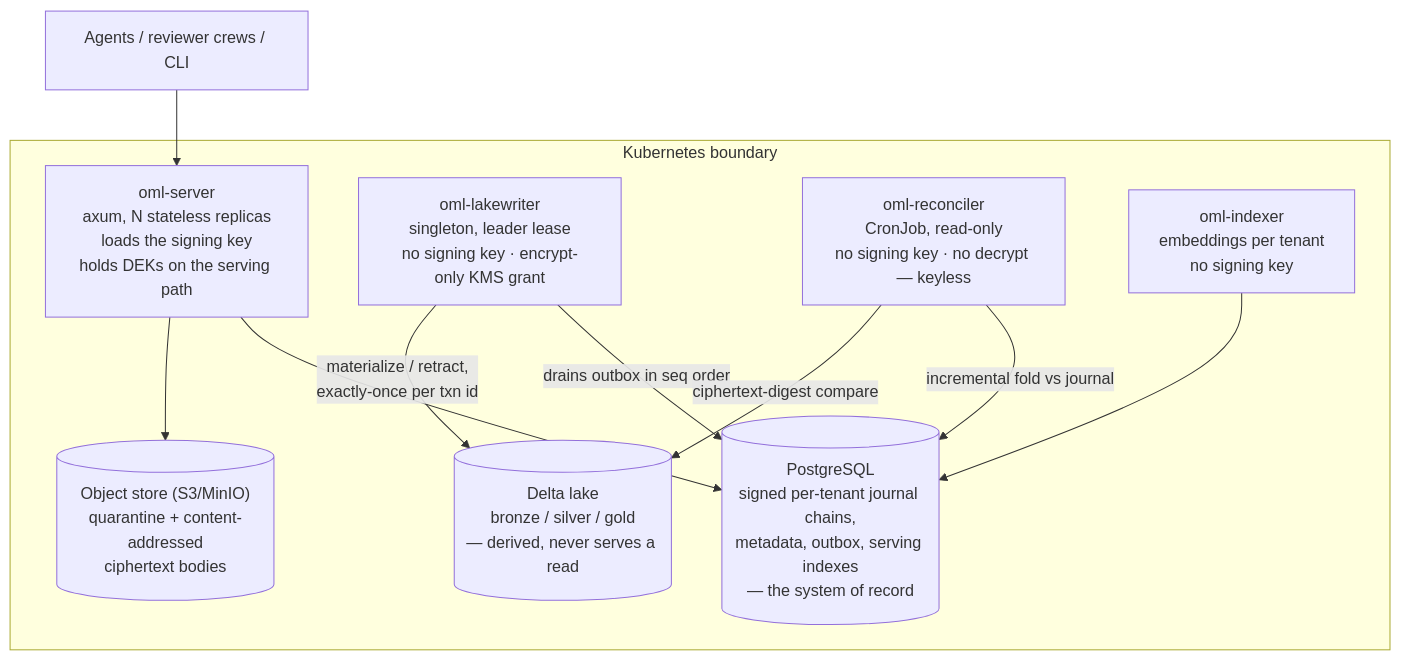
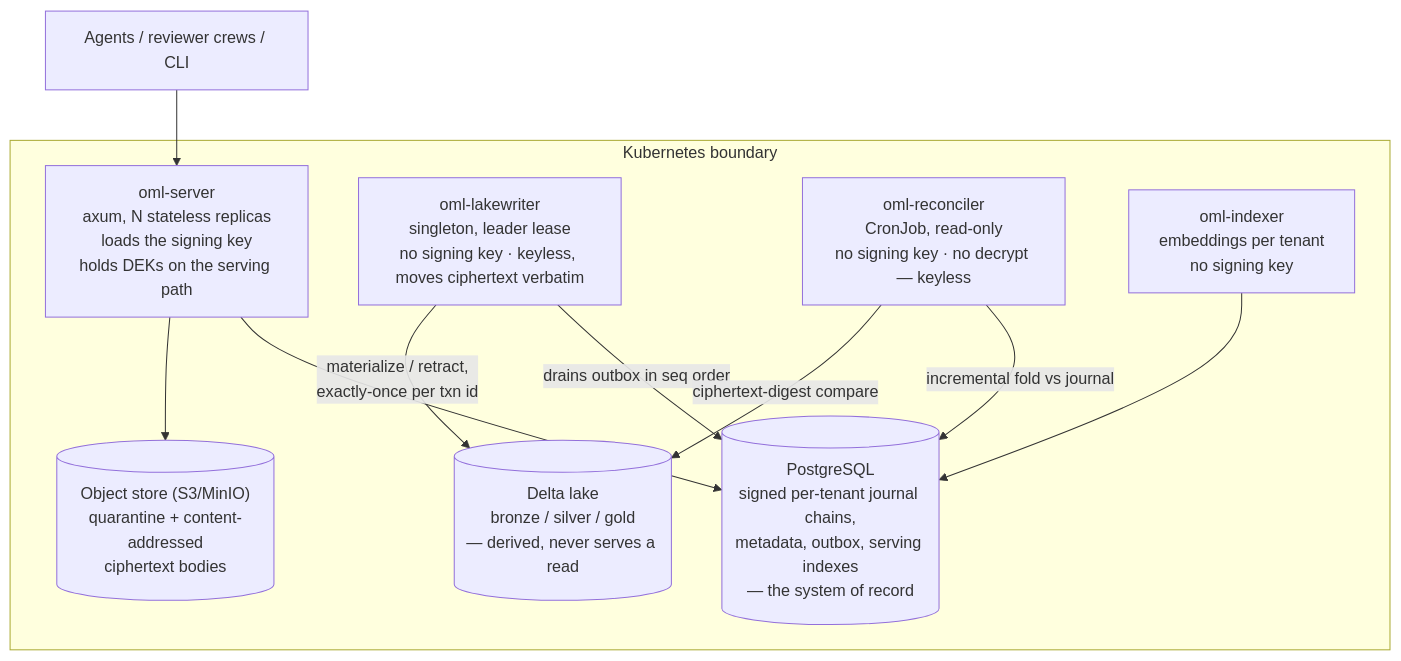
Before and after one commit to e8kor/open-memory-lab: the second of 8 diagrams in docs/architecture/overview.md, drawn with Mermaid. The commit also changed other lines of this file and 37 other files, not shown here.

````diff
--- a/docs/architecture/overview.md
+++ b/docs/architecture/overview.md
@@ -56,21 +56,21 @@
 ```mermaid
 flowchart TB
     CL["Agents / reviewer crews / CLI"]
     subgraph k8s ["Kubernetes boundary"]
         S["oml-server<br/>axum, N stateless replicas<br/>loads the signing key<br/>holds DEKs on the serving path"]
-        LW["oml-lakewriter<br/>singleton, leader lease<br/>no signing key · encrypt-only KMS grant"]
+        LW["oml-lakewriter<br/>singleton, leader lease<br/>no signing key · keyless, moves ciphertext verbatim"]
         RE["oml-reconciler<br/>CronJob, read-only<br/>no signing key · no decrypt — keyless"]
         IX["oml-indexer<br/>embeddings per tenant<br/>no signing key"]
         PG[("PostgreSQL<br/>signed per-tenant journal chains,<br/>metadata, outbox, serving indexes<br/>— the system of record")]
         OS[("Object store (S3/MinIO)<br/>quarantine + content-addressed<br/>ciphertext bodies")]
         DL[("Delta lake<br/>bronze / silver / gold<br/>— derived, never serves a read")]
     end
     CL --> S
     S --> PG
     S --> OS
     LW -- "drains outbox in seq order" --> PG
     LW -- "materialize / retract,<br/>exactly-once per txn id" --> DL
     RE -- "incremental fold vs journal" --> PG
     RE -- "ciphertext-digest compare" --> DL
     IX --> PG
 ```
````
